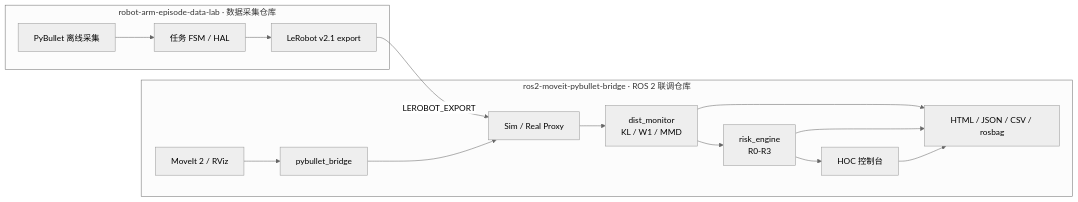
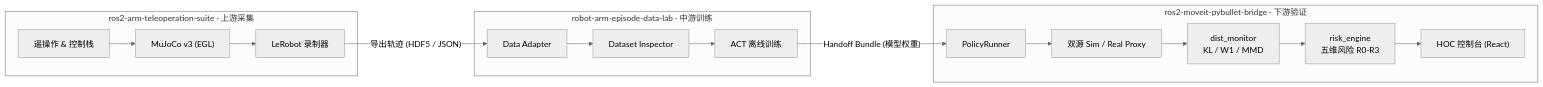
The first of 4 diagrams in docs/portfolio/SYSTEM_DESIGN_SPEC.md (inayina/ros2-moveit-pybullet-bridge), drawn with Mermaid (neutral theme) before and after one commit. The commit also changed other lines of this file and 37 other files, not shown here.

Commit message:
feat(adapter+hoc+portfolio): SVD singularity docstring, HOC console update

````diff
--- a/docs/portfolio/SYSTEM_DESIGN_SPEC.md
+++ b/docs/portfolio/SYSTEM_DESIGN_SPEC.md
@@ -61,26 +65,28 @@
 ```mermaid
 flowchart LR
-    subgraph DataRepo["robot-arm-episode-data-lab · 数据采集仓库"]
-        PBCollect["PyBullet 离线采集"]
-        FSM["任务 FSM / HAL"]
-        LeRobot["LeRobot v2.1 export"]
+    subgraph Upstream["ros2-arm-teleoperation-suite · 上游采集"]
+        Teleop["遥操作 & 控制栈"]
+        MuJoCo["MuJoCo v3 (EGL)"]
+        Recorder["LeRobot 录制器"]
+        Teleop --> MuJoCo --> Recorder
     end
 
-    subgraph BridgeRepo["ros2-moveit-pybullet-bridge · ROS 2 联调仓库"]
-        MoveIt["MoveIt 2 / RViz"]
-        Bridge["pybullet_bridge"]
-        SimReal["Sim / Real Proxy"]
-        Monitor["dist_monitor<br/>KL / W1 / MMD"]
-        Risk["risk_engine<br/>R0-R3"]
-        HOC["HOC 控制台"]
-        Reports["HTML / JSON / CSV / rosbag"]
+    subgraph Midstream["robot-arm-episode-data-lab · 中游训练"]
+        Adapter["Data Adapter"]
+        Inspector["Dataset Inspector"]
+        ACT["ACT 离线训练"]
+        Adapter --> Inspector --> ACT
     end
 
-    PBCollect --> FSM --> LeRobot
-    LeRobot -->|"LEROBOT_EXPORT"| SimReal
-    MoveIt --> Bridge --> SimReal
-    SimReal --> Monitor --> Risk --> HOC
-    Monitor --> Reports
-    Risk --> Reports
-    HOC --> Reports
+    subgraph Downstream["ros2-moveit-pybullet-bridge · 下游验证"]
+        Runner["PolicyRunner"]
+        SimReal["双源 Sim / Real Proxy"]
+        Monitor["dist_monitor<br/>KL / W1 / MMD"]
+        Risk["risk_engine<br/>五维风险 R0-R3"]
+        HOC["HOC 控制台 (React)"]
+        Runner --> SimReal --> Monitor --> Risk --> HOC
+    end
+
+    Recorder -->|"导出轨迹 (HDF5 / JSON)"| Adapter
+    ACT -->|"Handoff Bundle (模型权重)"| Runner
 ```
````
